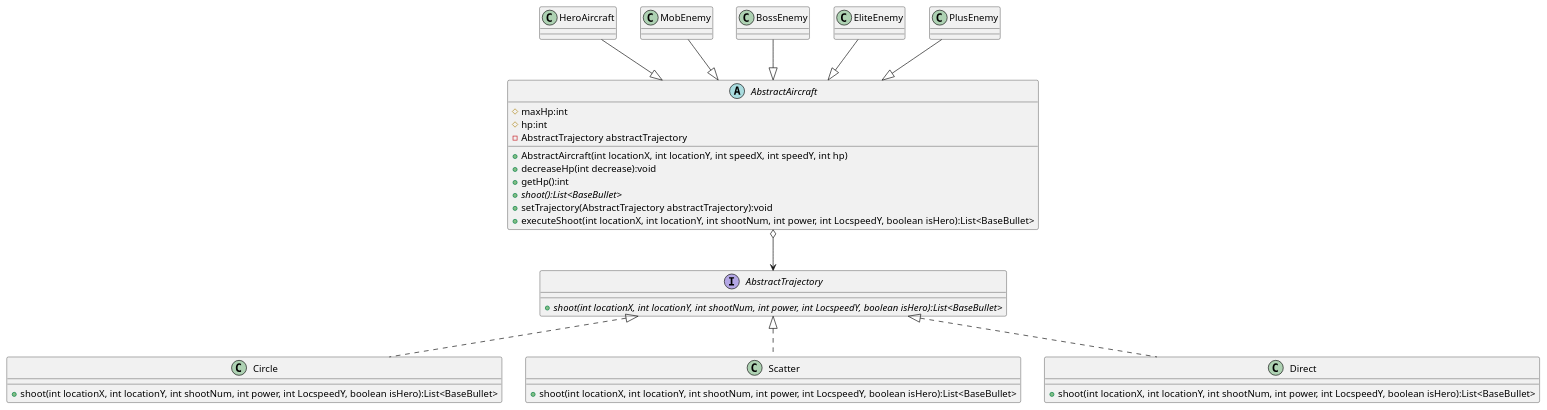
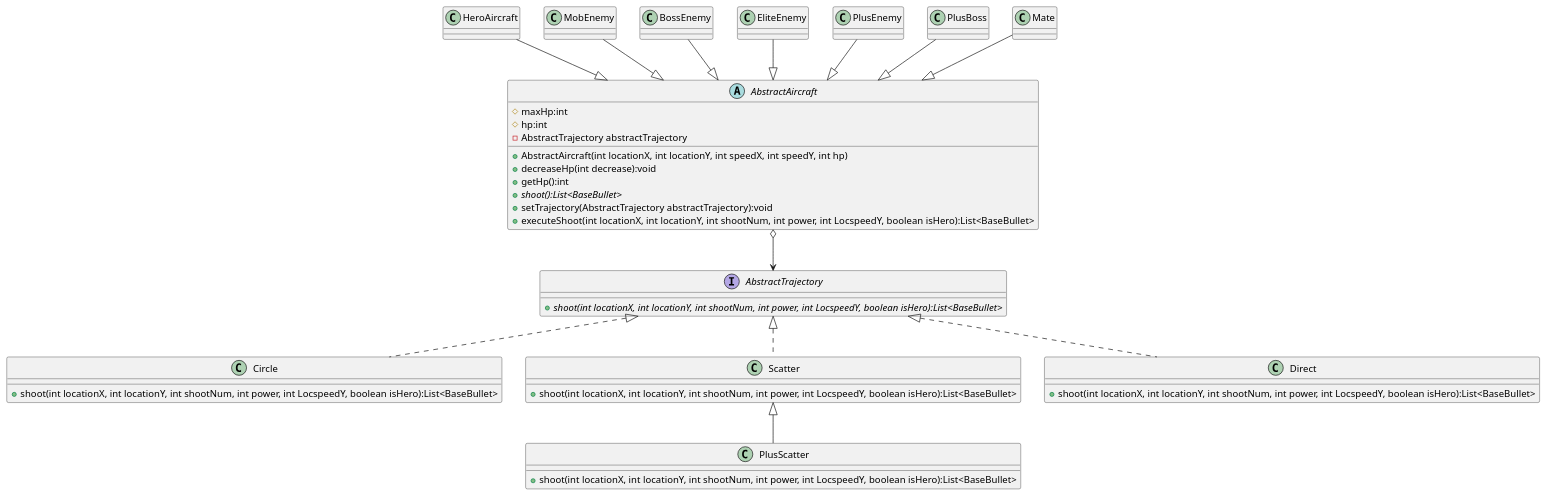
The diagram in uml/Strategy.puml (hazuki-nana/COMP2027), drawn with PlantUML before and after one commit. The commit also changed 10 other files, not shown here.

```diff
--- a/uml/Strategy.puml
+++ b/uml/Strategy.puml
@@ -1,45 +1,53 @@
 @startuml
 'https://plantuml.com/sequence-diagram
 
 interface AbstractTrajectory
 {
     +{abstract}shoot(int locationX, int locationY, int shootNum, int power, int LocspeedY, boolean isHero):List<BaseBullet>
 }
 
 class Circle
 {
     +shoot(int locationX, int locationY, int shootNum, int power, int LocspeedY, boolean isHero):List<BaseBullet>
 }
 
 class Scatter
 {
     +shoot(int locationX, int locationY, int shootNum, int power, int LocspeedY, boolean isHero):List<BaseBullet>
 }
 
 class Direct
 {
     +shoot(int locationX, int locationY, int shootNum, int power, int LocspeedY, boolean isHero):List<BaseBullet>
 }
+
+class PlusScatter
+{
+    +shoot(int locationX, int locationY, int shootNum, int power, int LocspeedY, boolean isHero):List<BaseBullet>
+}
 AbstractTrajectory <|.. Circle
 AbstractTrajectory <|.. Scatter
 AbstractTrajectory <|.. Direct
+Scatter <|-- PlusScatter
 
 abstract class AbstractAircraft
 {
 	# maxHp:int
     # hp:int
     - AbstractTrajectory abstractTrajectory
     + AbstractAircraft(int locationX, int locationY, int speedX, int speedY, int hp)
     + decreaseHp(int decrease):void
     + getHp():int
     + {abstract} shoot():List<BaseBullet>
     + setTrajectory(AbstractTrajectory abstractTrajectory):void
     + executeShoot(int locationX, int locationY, int shootNum, int power, int LocspeedY, boolean isHero):List<BaseBullet>
 }
 AbstractAircraft o--> AbstractTrajectory
 HeroAircraft --|> AbstractAircraft
 MobEnemy --|> AbstractAircraft
 BossEnemy --|> AbstractAircraft
 EliteEnemy --|> AbstractAircraft
 PlusEnemy --|> AbstractAircraft
+PlusBoss --|> AbstractAircraft
+Mate --|> AbstractAircraft
 @enduml
```
